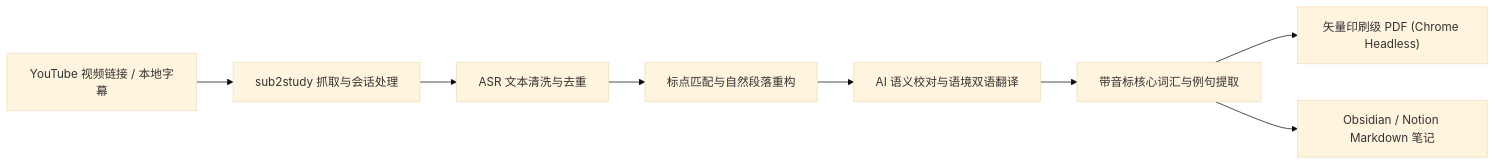
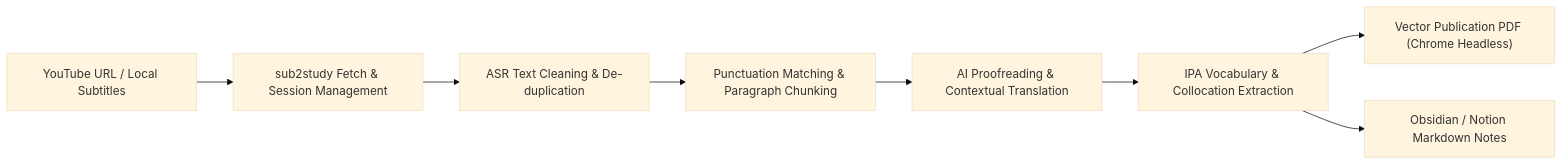
One commit to wanxiao2018/sub2study changed the diagram in README.md. Above: the diagram before and after it, drawn with Mermaid (base theme). The commit also changed other lines of this file and 3 other files, not shown here.

````diff
--- a/README.md
+++ b/README.md
@@ -42,10 +41,10 @@
 ```mermaid
 flowchart LR
-    A["YouTube 视频链接 / 本地字幕"] --> B["sub2study 抓取与会话处理"]
-    B --> C["ASR 文本清洗与去重"]
-    C --> D["标点匹配与自然段落重构"]
-    D --> E["AI 语义校对与语境双语翻译"]
-    E --> F["带音标核心词汇与例句提取"]
-    F --> G["矢量印刷级 PDF (Chrome Headless)"]
-    F --> H["Obsidian / Notion Markdown 笔记"]
+    A["YouTube URL / Local Subtitles"] --> B["sub2study Fetch & Session Management"]
+    B --> C["ASR Text Cleaning & De-duplication"]
+    C --> D["Punctuation Matching & Paragraph Chunking"]
+    D --> E["AI Proofreading & Contextual Translation"]
+    E --> F["IPA Vocabulary & Collocation Extraction"]
+    F --> G["Vector Publication PDF (Chrome Headless)"]
+    F --> H["Obsidian / Notion Markdown Notes"]
 ```
````
